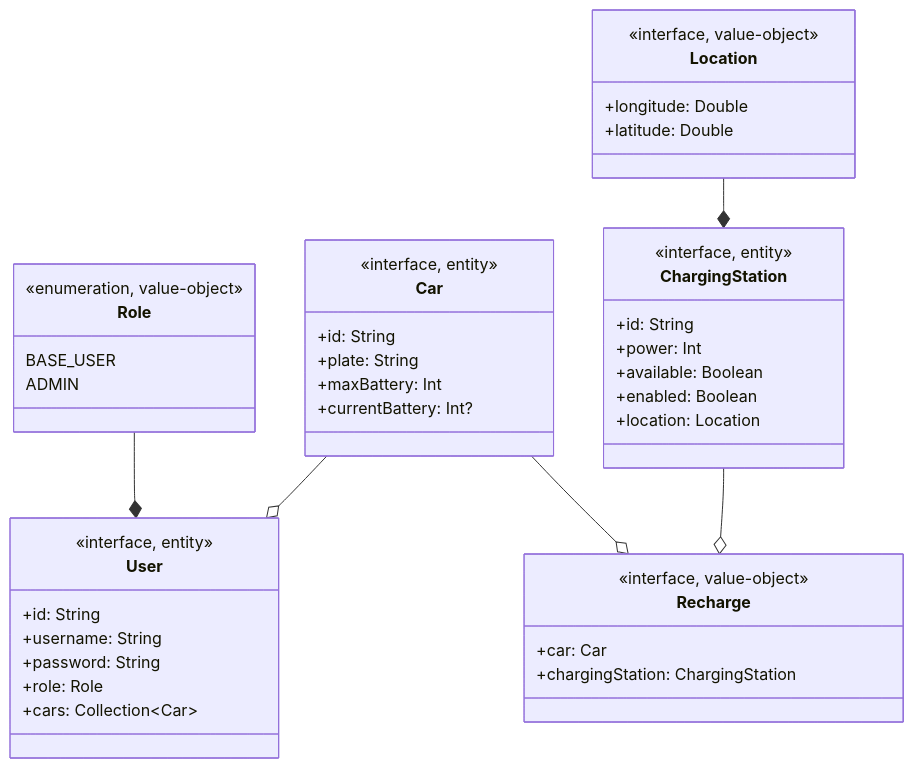
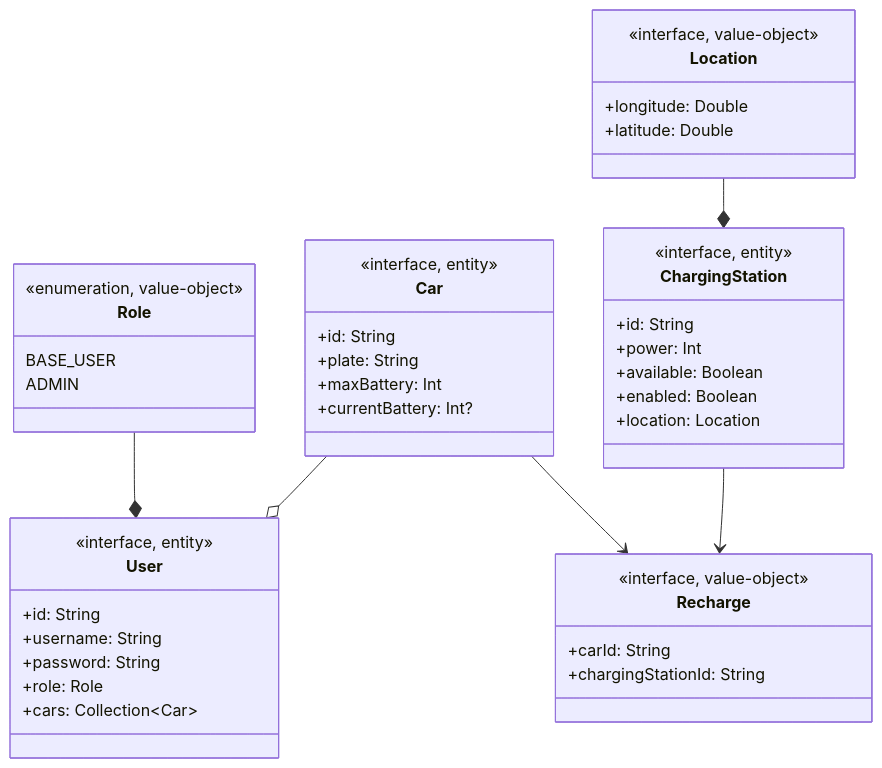
The diagram in docs/domainDiagram.md (ChargeAndTrack/backend-spe), drawn with Mermaid before and after one commit.

Commit message:
docs(recharge): replace Car and ChargingStation references with their ids in Recharge in domainDiagram

````diff
--- a/docs/domainDiagram.md
+++ b/docs/domainDiagram.md
@@ -11,51 +11,51 @@
 ```mermaid
 ---
 config:
   class:
     hideEmptyMembersBox: true
 ---
 classDiagram
     class User {
         <<interface, entity>>
         +id: String
         +username: String
         +password: String
         +role: Role
         +cars: Collection~Car~
     }
     class Role {
         <<enumeration, value-object>>
         BASE_USER
         ADMIN
     }
     class Car {
         <<interface, entity>>
         +id: String
         +plate: String
         +maxBattery: Int
         +currentBattery: Int?
     }
     class ChargingStation {
         <<interface, entity>>
         +id: String
         +power: Int
         +available: Boolean
         +enabled: Boolean
         +location: Location
     }
     class Location {
         <<interface, value-object>>
         +longitude: Double
         +latitude: Double
     }
     class Recharge {
         <<interface, value-object>>
-        +car: Car
-        +chargingStation: ChargingStation
+        +carId: String
+        +chargingStationId: String
     }
     Role --* User
     Car --o User
     Location --* ChargingStation
-    Car --o Recharge
-    ChargingStation --o Recharge
+    Car --> Recharge
+    ChargingStation --> Recharge
 ```
````
